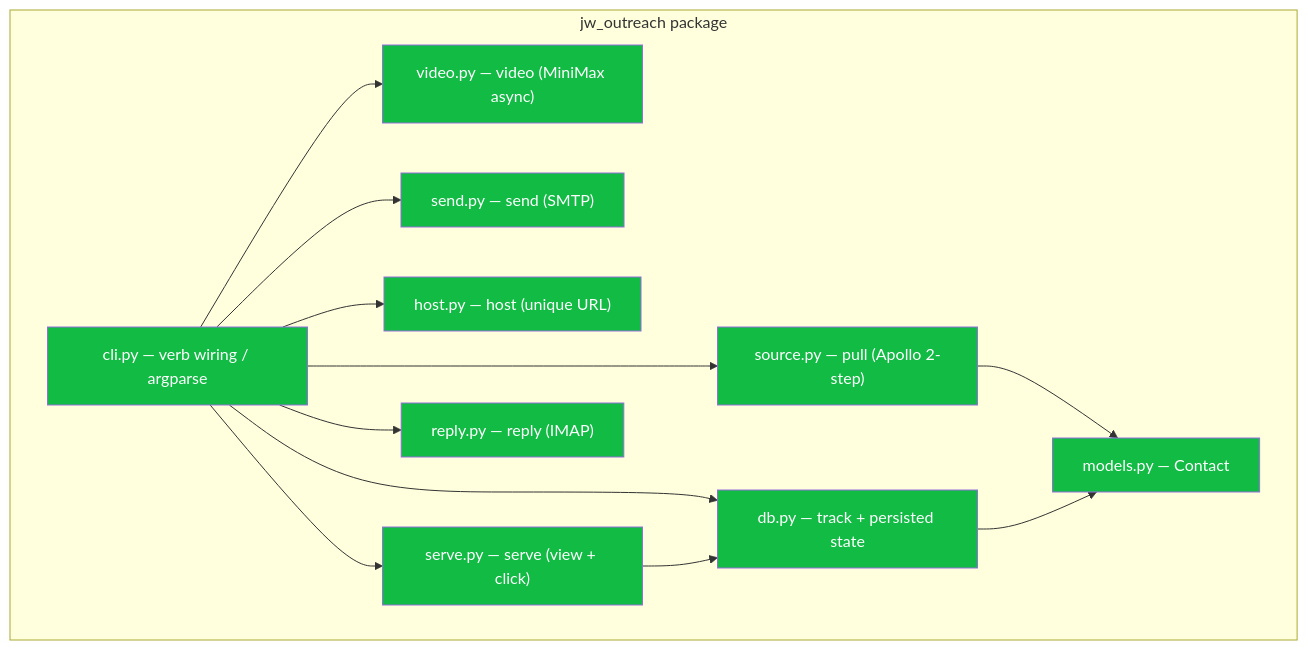
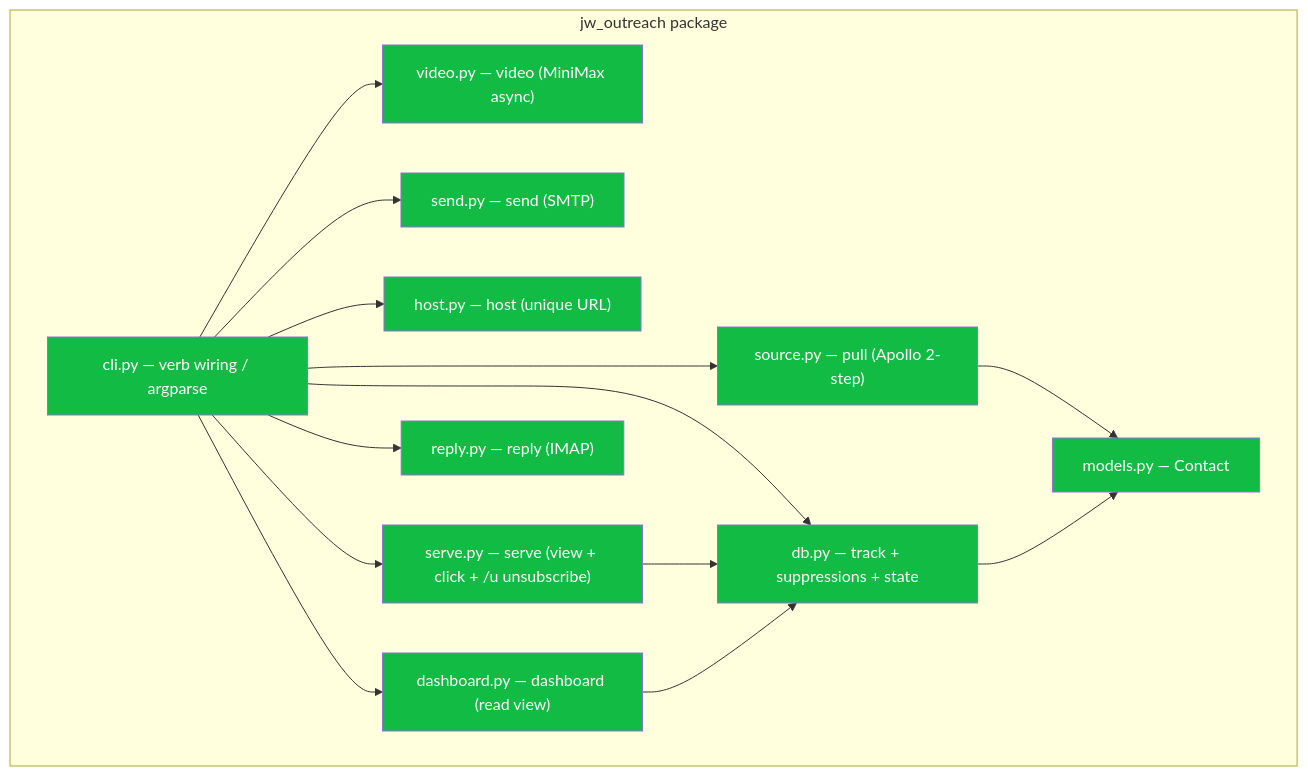
Before and after one commit to sancovp/twi-jobworld: the first of 8 diagrams in connectors/outreach/FLOWS.md, drawn with Mermaid. The commit also changed other lines of this file and 10 other files, not shown here.

````diff
--- a/connectors/outreach/FLOWS.md
+++ b/connectors/outreach/FLOWS.md
@@ -10,20 +10,22 @@
 ```mermaid
 flowchart TB
   subgraph pkg["jw_outreach package"]
     CLI["cli.py — verb wiring / argparse"]
     SRC["source.py — pull (Apollo 2-step)"]
     VID["video.py — video (MiniMax async)"]
     SND["send.py — send (SMTP)"]
     HST["host.py — host (unique URL)"]
-    SRV["serve.py — serve (view + click)"]
+    SRV["serve.py — serve (view + click + /u unsubscribe)"]
+    DSH["dashboard.py — dashboard (read view)"]
     RPL["reply.py — reply (IMAP)"]
-    DBM["db.py — track + persisted state"]
+    DBM["db.py — track + suppressions + state"]
     MOD["models.py — Contact"]
   end
-  CLI --> SRC & VID & SND & HST & SRV & RPL & DBM
+  CLI --> SRC & VID & SND & HST & SRV & DSH & RPL & DBM
   SRC --> MOD
   DBM --> MOD
   SRV --> DBM
+  DSH --> DBM
   classDef code fill:#1b4,color:#fff
-  class CLI,SRC,VID,SND,HST,SRV,RPL,DBM,MOD code
+  class CLI,SRC,VID,SND,HST,SRV,DSH,RPL,DBM,MOD code
 ```
````
